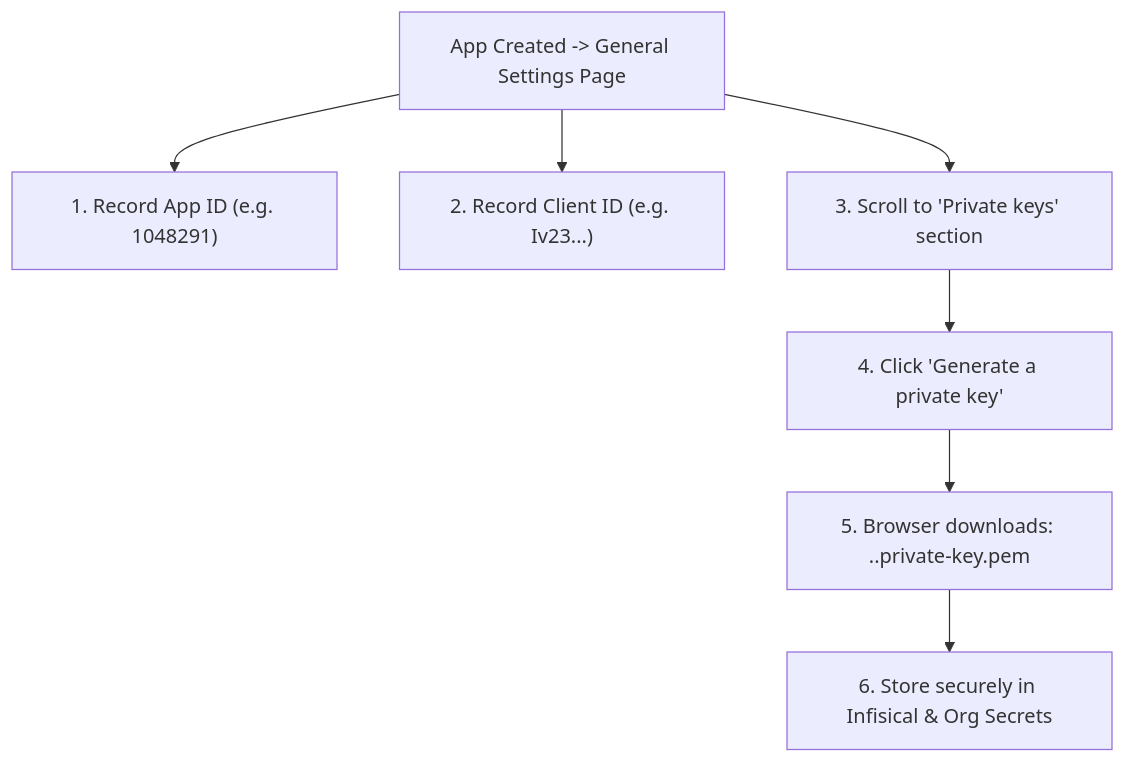
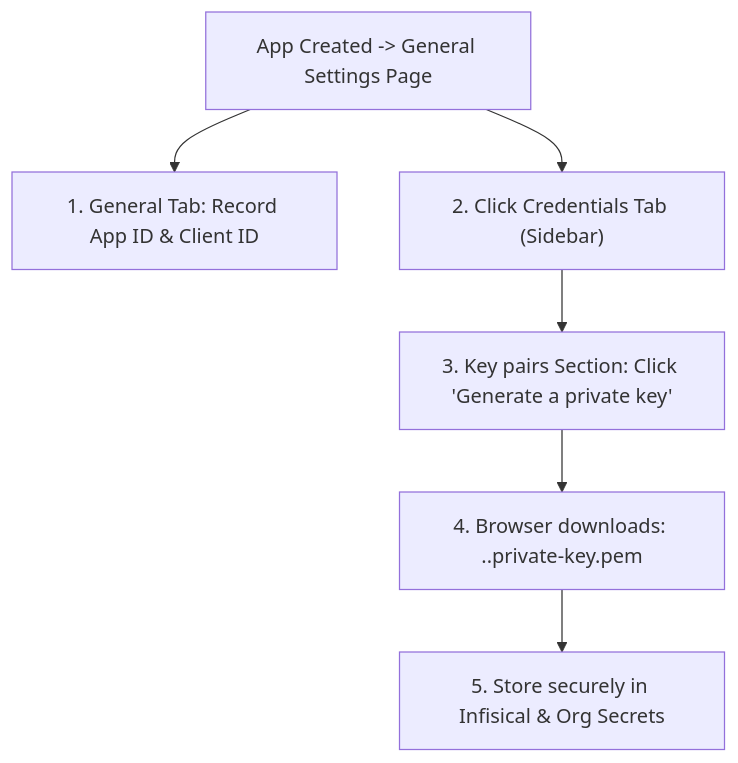
One commit to tupynambalucas-dev/.github changed the diagram in .agents/plans/github-app-architecture/secrets-governance-and-workflows.md. Above: the diagram before and after it, drawn with Mermaid. The commit also changed other lines of this file and 4 other files, not shown here.

Commit message:
docs(plans): update credentials tab and key pairs ui navigation guide (#39)

````diff
--- a/.agents/plans/github-app-architecture/secrets-governance-and-workflows.md
+++ b/.agents/plans/github-app-architecture/secrets-governance-and-workflows.md
@@ -16,9 +16,8 @@
 ```mermaid
 flowchart TD
-    G1["App Created -> General Settings Page"] --> G2["1. Record App ID (e.g. 1048291)"]
-    G1 --> G3["2. Record Client ID (e.g. Iv23...)"]
-    G1 --> G4["3. Scroll to 'Private keys' section"]
-    G4 --> G5["4. Click 'Generate a private key'"]
-    G5 --> G6["5. Browser downloads: <app-name>.<date>.private-key.pem"]
-    G6 --> G7["6. Store securely in Infisical & Org Secrets"]
+    G1["App Created -> General Settings Page"] --> G2["1. General Tab: Record App ID & Client ID"]
+    G1 --> G3["2. Click Credentials Tab (Sidebar)"]
+    G3 --> G4["3. Key pairs Section: Click 'Generate a private key'"]
+    G4 --> G5["4. Browser downloads: <app-name>.<date>.private-key.pem"]
+    G5 --> G6["5. Store securely in Infisical & Org Secrets"]
 ```
````
